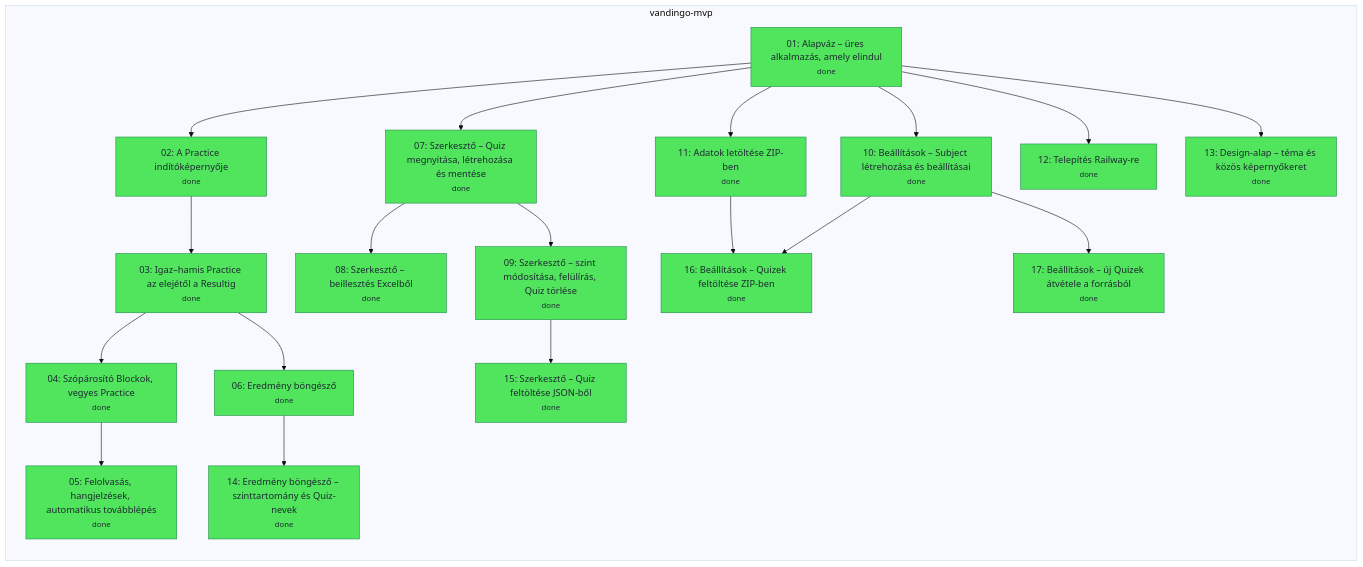
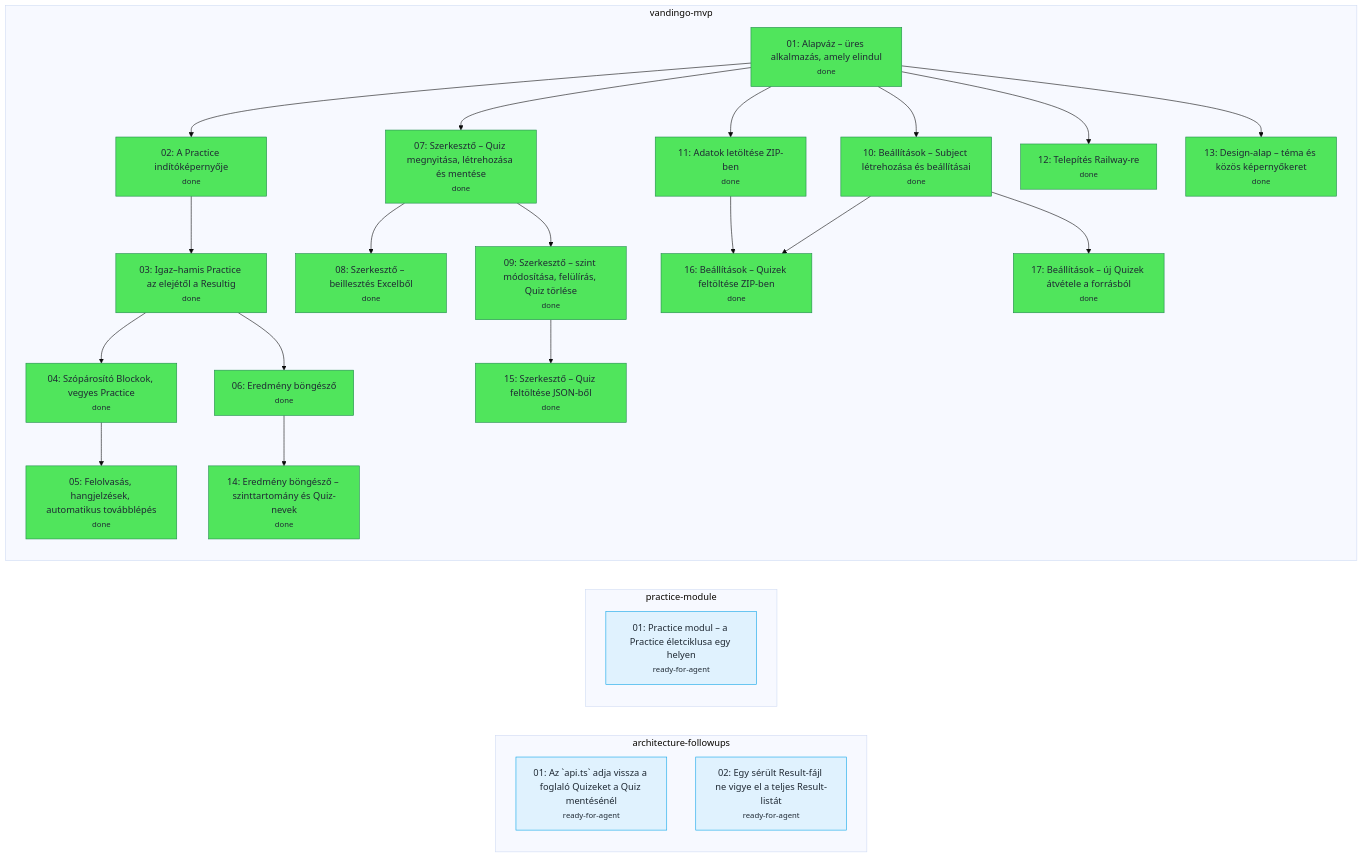
One commit to nagyandor76/Vandingo changed the diagram in .scratch/tickets.mmd. Above: the diagram before and after it, drawn with Mermaid (base theme). The commit also changed 11 other files, not shown here.

First line of the commit message:
Practice modul: a Practice életciklusa egy helyen, a képernyő csak renderel

```diff
--- a/.scratch/tickets.mmd
+++ b/.scratch/tickets.mmd
@@ -1,43 +1,50 @@
 flowchart LR
+  subgraph architecture_followups_feature["architecture-followups"]
+    architecture_followups_1["01: Az `api.ts` adja vissza a foglaló Quizeket a Quiz mentésénél<br/><small>ready-for-agent</small>"]:::ready_for_agent
+    architecture_followups_2["02: Egy sérült Result-fájl ne vigye el a teljes Result-listát<br/><small>ready-for-agent</small>"]:::ready_for_agent
+  end
+  subgraph practice_module_feature["practice-module"]
+    practice_module_1["01: Practice modul – a Practice életciklusa egy helyen<br/><small>ready-for-agent</small>"]:::ready_for_agent
+  end
   subgraph vandingo_mvp_feature["vandingo-mvp"]
     vandingo_mvp_1["01: Alapváz – üres alkalmazás, amely elindul<br/><small>done</small>"]:::done
     vandingo_mvp_2["02: A Practice indítóképernyője<br/><small>done</small>"]:::done
     vandingo_mvp_3["03: Igaz–hamis Practice az elejétől a Resultig<br/><small>done</small>"]:::done
     vandingo_mvp_4["04: Szópárosító Blockok, vegyes Practice<br/><small>done</small>"]:::done
     vandingo_mvp_5["05: Felolvasás, hangjelzések, automatikus továbblépés<br/><small>done</small>"]:::done
     vandingo_mvp_6["06: Eredmény böngésző<br/><small>done</small>"]:::done
     vandingo_mvp_7["07: Szerkesztő – Quiz megnyitása, létrehozása és mentése<br/><small>done</small>"]:::done
     vandingo_mvp_8["08: Szerkesztő – beillesztés Excelből<br/><small>done</small>"]:::done
     vandingo_mvp_9["09: Szerkesztő – szint módosítása, felülírás, Quiz törlése<br/><small>done</small>"]:::done
     vandingo_mvp_10["10: Beállítások – Subject létrehozása és beállításai<br/><small>done</small>"]:::done
     vandingo_mvp_11["11: Adatok letöltése ZIP-ben<br/><small>done</small>"]:::done
     vandingo_mvp_12["12: Telepítés Railway-re<br/><small>done</small>"]:::done
     vandingo_mvp_13["13: Design-alap – téma és közös képernyőkeret<br/><small>done</small>"]:::done
     vandingo_mvp_14["14: Eredmény böngésző – szinttartomány és Quiz-nevek<br/><small>done</small>"]:::done
     vandingo_mvp_15["15: Szerkesztő – Quiz feltöltése JSON-ből<br/><small>done</small>"]:::done
     vandingo_mvp_16["16: Beállítások – Quizek feltöltése ZIP-ben<br/><small>done</small>"]:::done
     vandingo_mvp_17["17: Beállítások – új Quizek átvétele a forrásból<br/><small>done</small>"]:::done
   end
   vandingo_mvp_1 --> vandingo_mvp_2
   vandingo_mvp_2 --> vandingo_mvp_3
   vandingo_mvp_3 --> vandingo_mvp_4
   vandingo_mvp_4 --> vandingo_mvp_5
   vandingo_mvp_3 --> vandingo_mvp_6
   vandingo_mvp_1 --> vandingo_mvp_7
   vandingo_mvp_7 --> vandingo_mvp_8
   vandingo_mvp_7 --> vandingo_mvp_9
   vandingo_mvp_1 --> vandingo_mvp_10
   vandingo_mvp_1 --> vandingo_mvp_11
   vandingo_mvp_1 --> vandingo_mvp_12
   vandingo_mvp_1 --> vandingo_mvp_13
   vandingo_mvp_6 --> vandingo_mvp_14
   vandingo_mvp_9 --> vandingo_mvp_15
   vandingo_mvp_10 --> vandingo_mvp_16
   vandingo_mvp_11 --> vandingo_mvp_16
   vandingo_mvp_10 --> vandingo_mvp_17
   classDef done fill:#50e55c,stroke:#1f8a4c,color:#1f2933
   classDef ready_for_agent fill:#e0f2fe,stroke:#0ea5e9,color:#1f2933
   classDef ready_for_human fill:#fef3c7,stroke:#f59e0b,color:#1f2933
   classDef needs_triage fill:#f3f4f6,stroke:#6b7480,color:#1f2933
   classDef needs_info fill:#fbecea,stroke:#c2413b,color:#1f2933
   classDef wontfix fill:#f3f4f6,stroke:#9ca3af,color:#6b7480,stroke-dasharray:4
```
